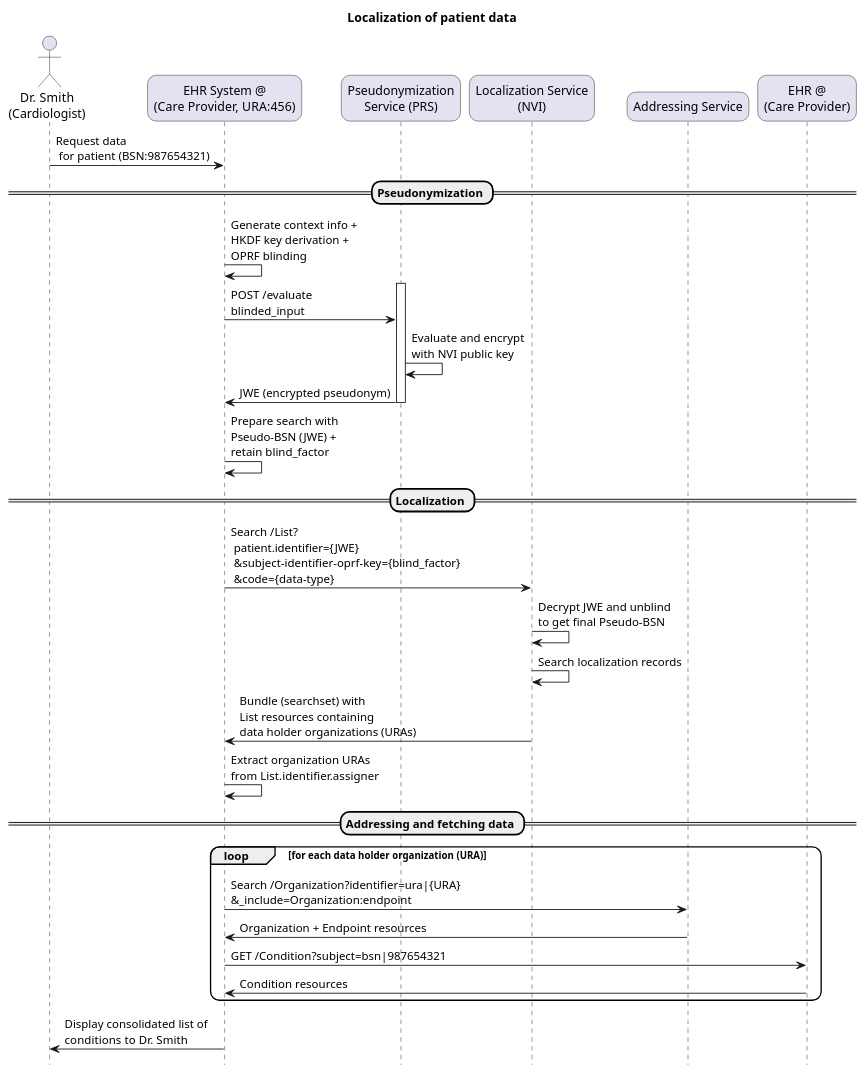
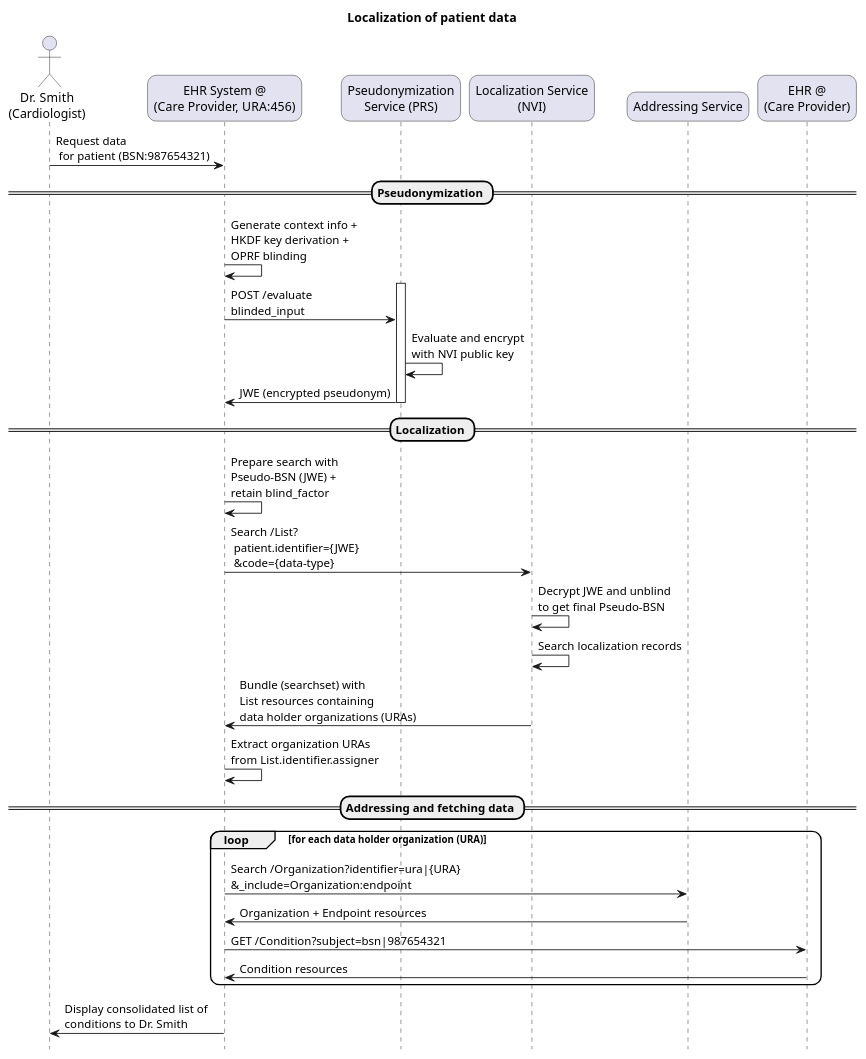
One commit to minvws/generiekefuncties-docs changed the diagram in input/images-source/localization-cardiologist-search.plantuml. Above: the diagram before and after it, drawn with PlantUML. The commit also changed 6 other files, not shown here.

```diff
--- a/input/images-source/localization-cardiologist-search.plantuml
+++ b/input/images-source/localization-cardiologist-search.plantuml
@@ -1,59 +1,59 @@
 @startuml localization-cardiologist-search
 
 title Localization of patient data
 
 skinparam roundcorner 20
 skinparam defaultFontName Arial 
 hide footbox
 
 !pragma teoz true
 
 actor "Dr. Smith\n(Cardiologist)" as doctor
 participant "EHR System @\n(Care Provider, URA:456)" as ehr
 participant "Pseudonymization\nService (PRS)" as prs
 participant "Localization Service\n(NVI)" as nvi
 participant "Addressing Service" as addressing
 participant "EHR @\n(Care Provider)" as ehr_reg
 
 doctor -> ehr: Request data\n for patient (BSN:987654321)
 
 == Pseudonymization ==
 
 ehr -> ehr: Generate context info +\nHKDF key derivation +\nOPRF blinding
 
 activate prs
 ehr -> prs: POST /evaluate\nblinded_input
 
 prs -> prs: Evaluate and encrypt\nwith NVI public key
 
 prs -> ehr: JWE (encrypted pseudonym)
 deactivate prs
 
+== Localization ==
+
 ehr -> ehr: Prepare search with\nPseudo-BSN (JWE) +\nretain blind_factor
 
-== Localization ==
-
-ehr -> nvi: Search /List?\n patient.identifier={JWE}\n &subject-identifier-oprf-key={blind_factor}\n &code={data-type}
+ehr -> nvi: Search /List?\n patient.identifier={JWE}\n &code={data-type}
 
 nvi -> nvi: Decrypt JWE and unblind\nto get final Pseudo-BSN
 
 nvi -> nvi: Search localization records
 
 nvi -> ehr: Bundle (searchset) with\nList resources containing\ndata holder organizations (URAs)
 
 ehr -> ehr: Extract organization URAs\nfrom List.identifier.assigner
 
 == Addressing and fetching data ==
 
 loop for each data holder organization (URA)
   ehr -> addressing: Search /Organization?identifier=ura|{URA}\n&_include=Organization:endpoint
 
   addressing -> ehr: Organization + Endpoint resources
 
   ehr -> ehr_reg: GET /Condition?subject=bsn|987654321
   ehr_reg -> ehr: Condition resources
 end
 
 ehr -> doctor: Display consolidated list of \nconditions to Dr. Smith
 
 @enduml
```
